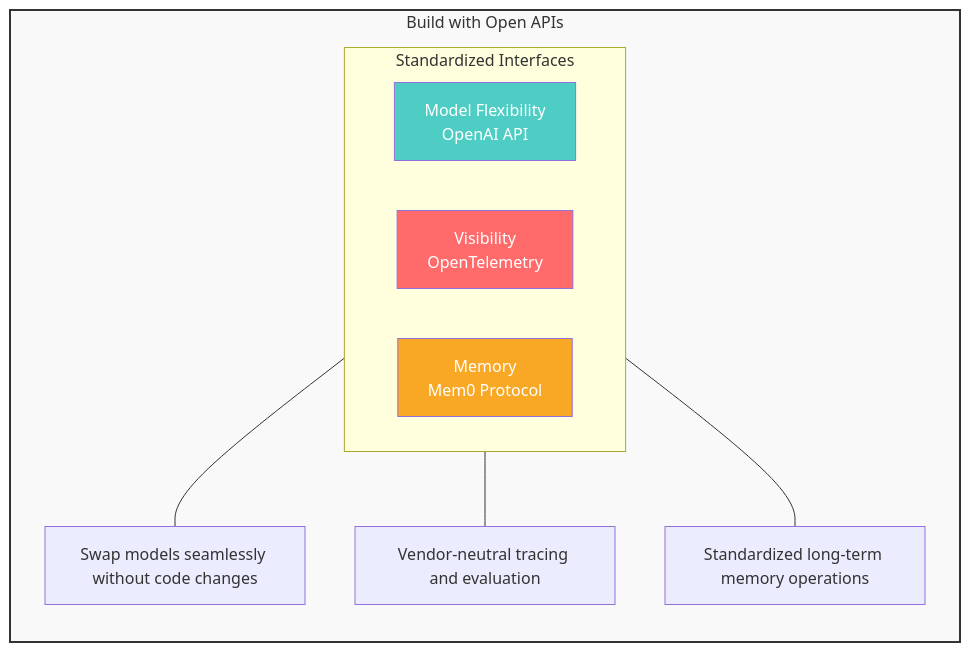
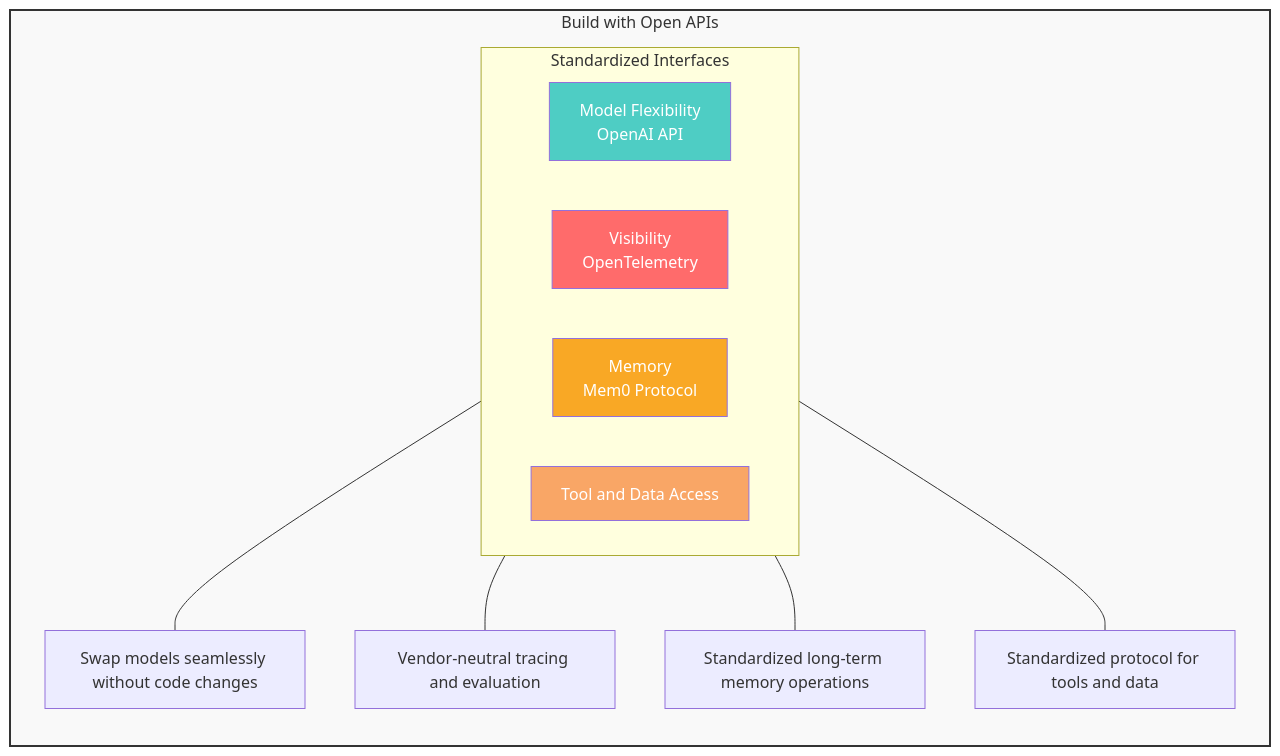
The first of 3 diagrams in README.md (masoodfaisal/agentic-app-starter-kit), drawn with Mermaid before and after one commit. The commit also changed other lines of this file, not shown here.

Commit message:
update MCP

````diff
--- a/README.md
+++ b/README.md
@@ -26,22 +26,26 @@
 ```mermaid
 flowchart TD
     subgraph APIs [Build with Open APIs]
         direction TB
         
         subgraph Pillars [Standardized Interfaces]
             direction LR
             Model[Model Flexibility<br/>OpenAI API]
             Vis[Visibility<br/>OpenTelemetry]
             Mem[Memory<br/>Mem0 Protocol]
+            MCP[Tool and Data Access]
+
         end
         
         Model --- ModelDesc[Swap models seamlessly without code changes]
         Vis --- VisDesc[Vendor-neutral tracing and evaluation]
         Mem --- MemDesc[Standardized long-term memory operations]
+        MCP --- MCPDesc[Standardized protocol for tools and data]
     end
 
     style Model fill:#4ecdc4,color:#fff
     style Vis fill:#ff6b6b,color:#fff
     style Mem fill:#f9a825,color:#fff
+    style MCP fill:#f9a666,color:#fff
     style APIs fill:#f9f9f9,stroke:#333,stroke-width:2px
 ```
````
